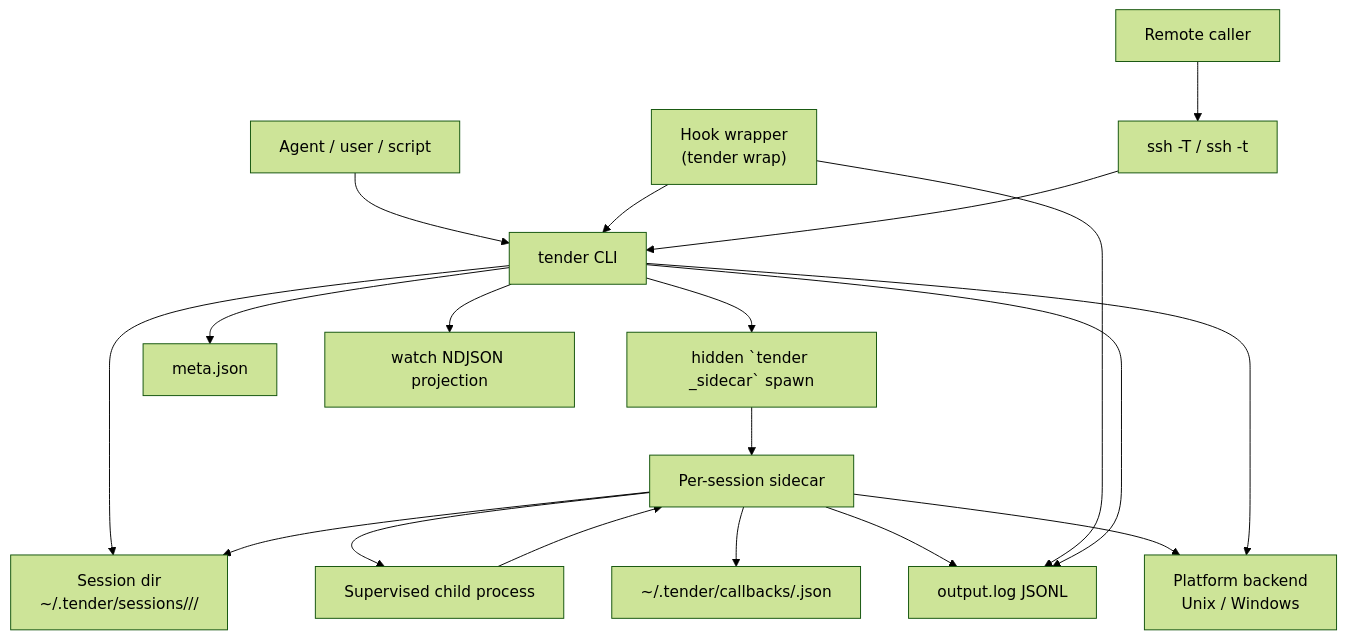
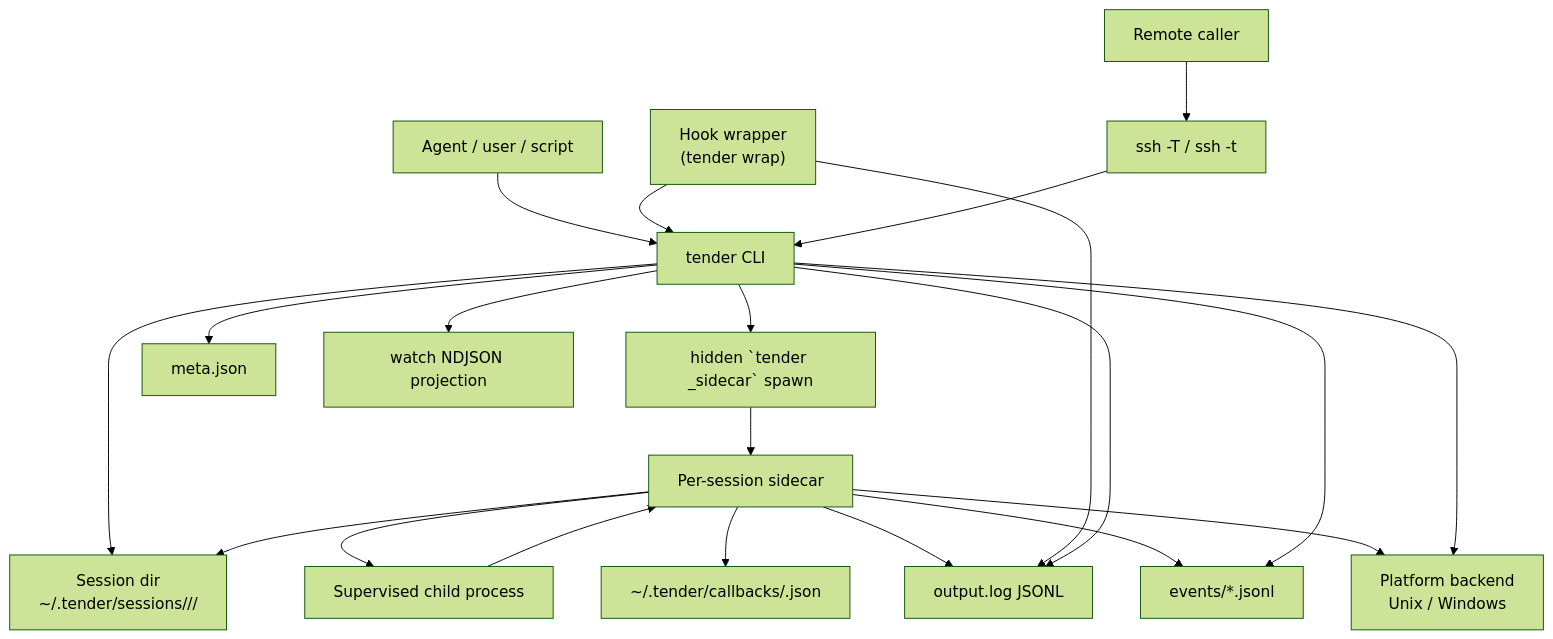
The diagram in docs/architecture/01-system-context.md (rmorgans/tender), drawn with Mermaid (forest theme) before and after one commit. The commit also changed other lines of this file and 2 other files, not shown here.

Commit message:
docs(drift): include durable event history in architecture

````diff
--- a/docs/architecture/01-system-context.md
+++ b/docs/architecture/01-system-context.md
@@ -5,26 +8,28 @@
 ```mermaid
 flowchart TD
     Agent["Agent / user / script"] --> CLI["tender CLI"]
     Hook["Hook wrapper\n(tender wrap)"] --> CLI
     Remote["Remote caller"] --> SSH["ssh -T / ssh -t"]
     SSH --> CLI
 
     CLI --> SessionDir["Session dir\n~/.tender/sessions/<ns>/<session>/"]
     CLI --> SidecarCmd["hidden `tender _sidecar` spawn"]
     SidecarCmd --> Sidecar["Per-session sidecar"]
 
     Sidecar --> Child["Supervised child process"]
     Sidecar --> SessionDir
     Sidecar --> Callbacks["~/.tender/callbacks/<run_id>.json"]
 
     Child --> Sidecar
     Sidecar --> Log["output.log JSONL"]
+    Sidecar --> Events["events/*.jsonl"]
     Hook --> Log
 
     CLI --> Log
     CLI --> Meta["meta.json"]
+    CLI --> Events
     CLI --> Watch["watch NDJSON projection"]
 
     Sidecar --> OS["Platform backend\nUnix / Windows"]
     CLI --> OS
 ```
````
